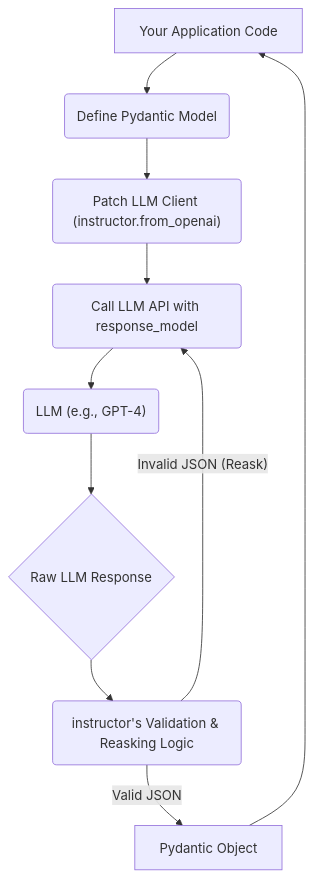
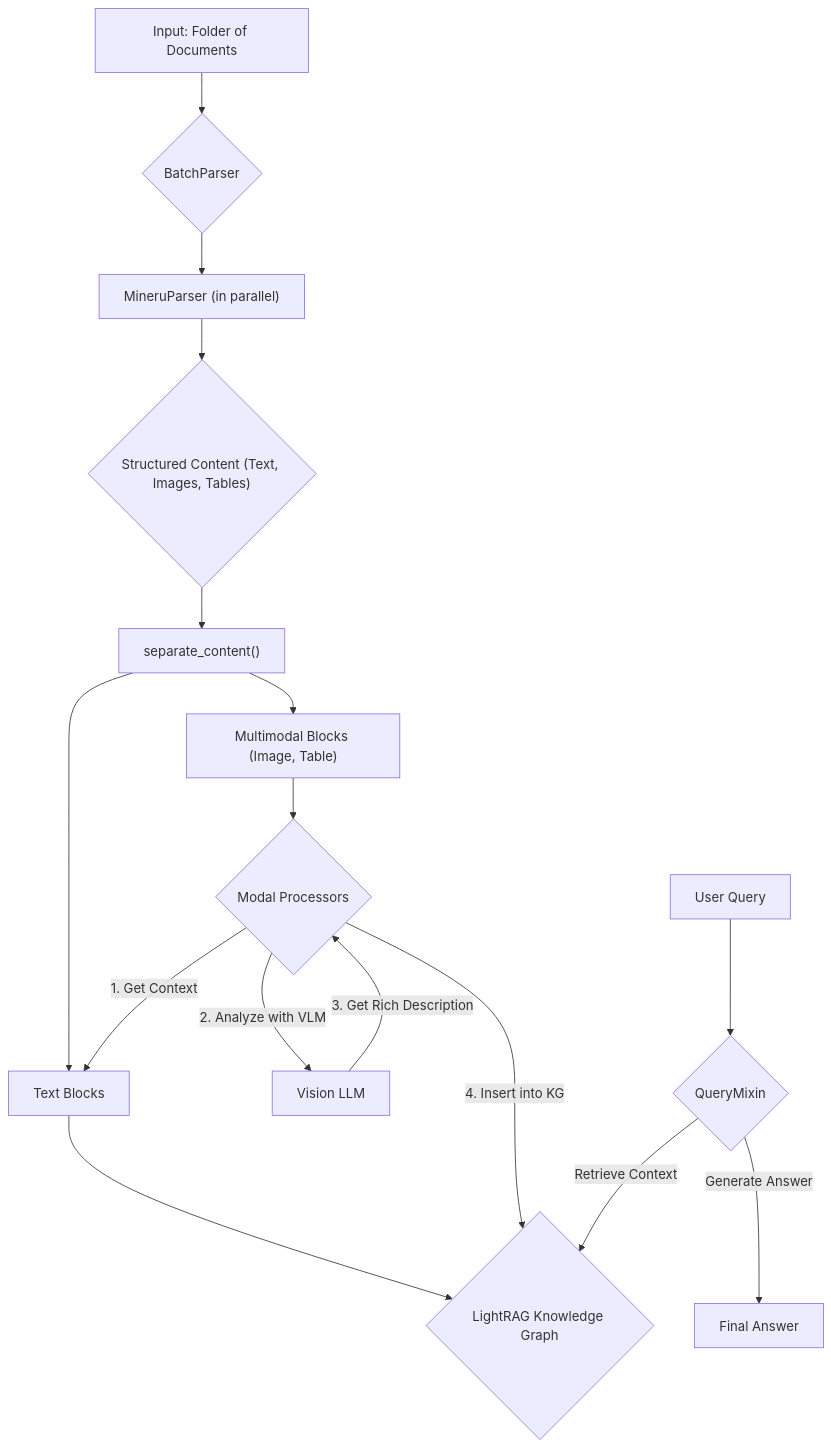
Before and after one commit to borailci/smolagents-quickstart-template: the diagram in data/deep_agent/sub_agents_tutorials/01_getting_started/01_getting_started.md, drawn with Mermaid. The commit also changed other lines of this file and 58 other files, not shown here.

````diff
--- a/data/deep_agent/sub_agents_tutorials/01_getting_started/01_getting_started.md
+++ b/data/deep_agent/sub_agents_tutorials/01_getting_started/01_getting_started.md
@@ -15,12 +37,18 @@
 ```mermaid
 graph TD
-    A["Your Application Code"] --> B("Define Pydantic Model")
-    B --> C("Patch LLM Client (instructor.from_openai)")
-    C --> D("Call LLM API with response_model")
-    D --> E("LLM (e.g., GPT-4)")
-    E --> F{"Raw LLM Response"}
-    F --> G("instructor's Validation & Reasking Logic")
-    G -- "Valid JSON" --> H["Pydantic Object"]
-    G -- "Invalid JSON (Reask)" --> D
-    H --> A
+    A["Input: Folder of Documents"] --> B{BatchParser};
+    B --> C["MineruParser (in parallel)"];
+    C --> D{"Structured Content (Text, Images, Tables)"};
+    D --> E["separate_content()"];
+    E --> F["Text Blocks"];
+    E --> G["Multimodal Blocks (Image, Table)"];
+    F --> H{LightRAG Knowledge Graph};
+    G --> I{Modal Processors};
+    I -- "1. Get Context" --> F;
+    I -- "2. Analyze with VLM" --> J["Vision LLM"];
+    J -- "3. Get Rich Description" --> I;
+    I -- "4. Insert into KG" --> H;
+    K["User Query"] --> L{QueryMixin};
+    L -- "Retrieve Context" --> H;
+    L -- "Generate Answer" --> M["Final Answer"];
 ```
````
